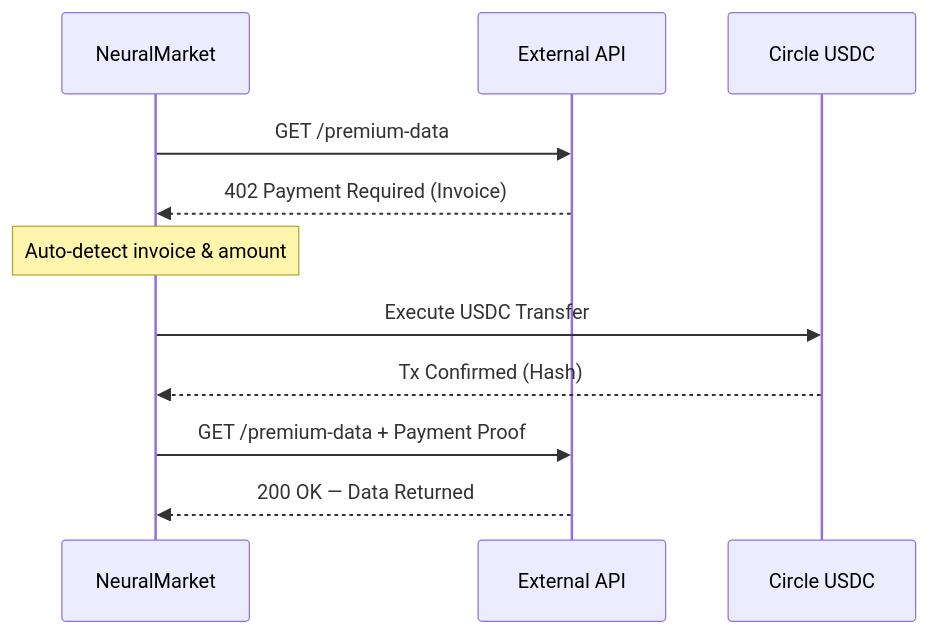
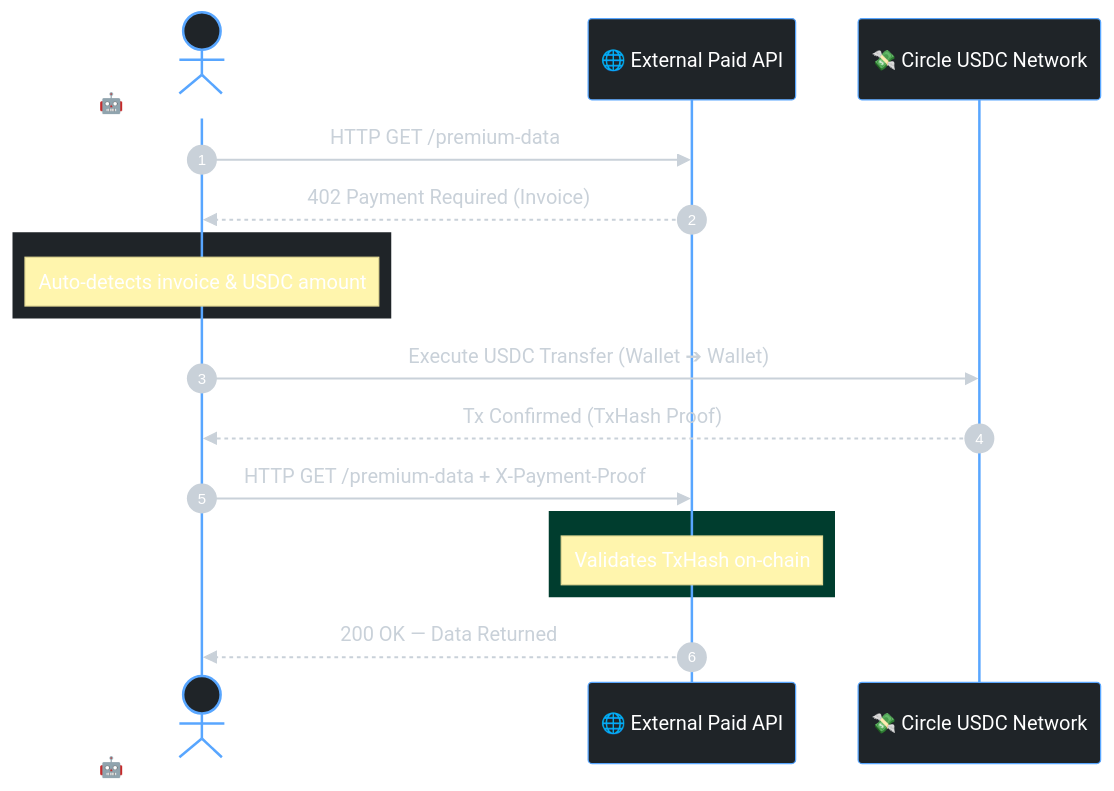
One commit to shashankrpatil077-ctrl/NeuralMarket changed the diagram in README.md. Above: the diagram before and after it, drawn with Mermaid.

Commit message:
docs: Upgrade sequence diagram with advanced styling (auto-numbering, custom actors, dark themes)

````diff
--- a/README.md
+++ b/README.md
@@ -46,14 +46,43 @@
 ```mermaid
+%%{init: {
+  'theme': 'base',
+  'themeVariables': {
+    'primaryColor': '#0d1117',
+    'primaryTextColor': '#c9d1d9',
+    'primaryBorderColor': '#30363d',
+    'lineColor': '#58a6ff',
+    'secondaryColor': '#161b22',
+    'tertiaryColor': '#21262d',
+    'actorBkg': '#1f2428',
+    'actorBorder': '#58a6ff',
+    'actorTextColor': '#fff',
+    'noteBkg': '#003d2e',
+    'noteBorder': '#2ea043',
+    'noteTextColor': '#fff',
+    'sequenceNumberColor': '#fff'
+  }
+}}%%
 sequenceDiagram
-    participant Client as NeuralMarket
-    participant API as External API
-    participant Circle as Circle USDC
+    autonumber
+    actor Client as 🤖 NeuralMarket Client
+    participant API as 🌐 External Paid API
+    participant Circle as 💸 Circle USDC Network
 
-    Client->>API: GET /premium-data
+    Client->>API: HTTP GET /premium-data
     API-->>Client: 402 Payment Required (Invoice)
-    Note over Client: Auto-detect invoice & amount
-    Client->>Circle: Execute USDC Transfer
-    Circle-->>Client: Tx Confirmed (Hash)
-    Client->>API: GET /premium-data + Payment Proof
+    
+    rect rgb(31, 36, 40)
+    Note over Client: Auto-detects invoice & USDC amount
+    end
+    
+    Client->>Circle: Execute USDC Transfer (Wallet ➔ Wallet)
+    Circle-->>Client: Tx Confirmed (TxHash Proof)
+    
+    Client->>API: HTTP GET /premium-data + X-Payment-Proof
+    
+    rect rgb(0, 61, 46)
+    Note over API: Validates TxHash on-chain
+    end
+    
     API-->>Client: 200 OK — Data Returned
 ```
````
